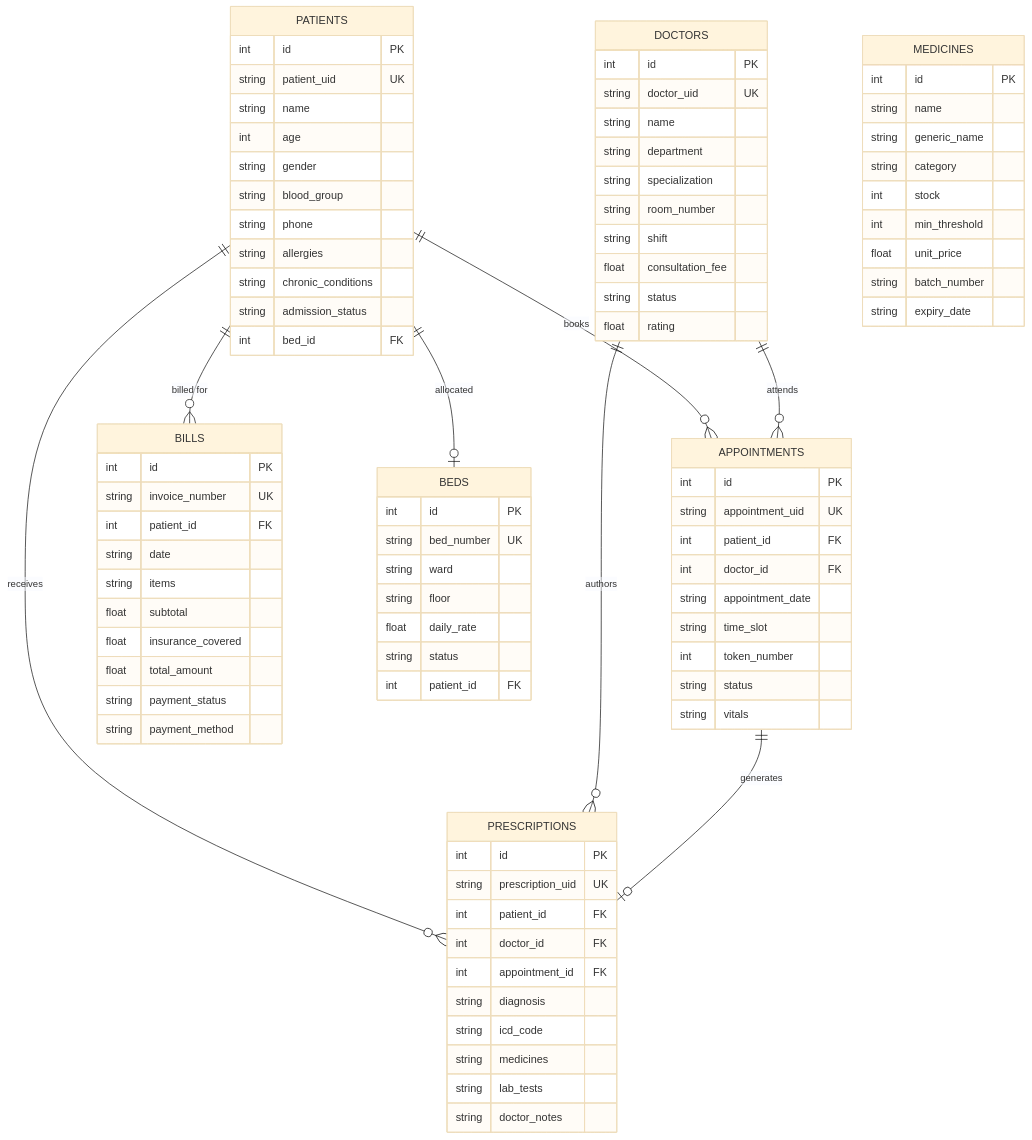
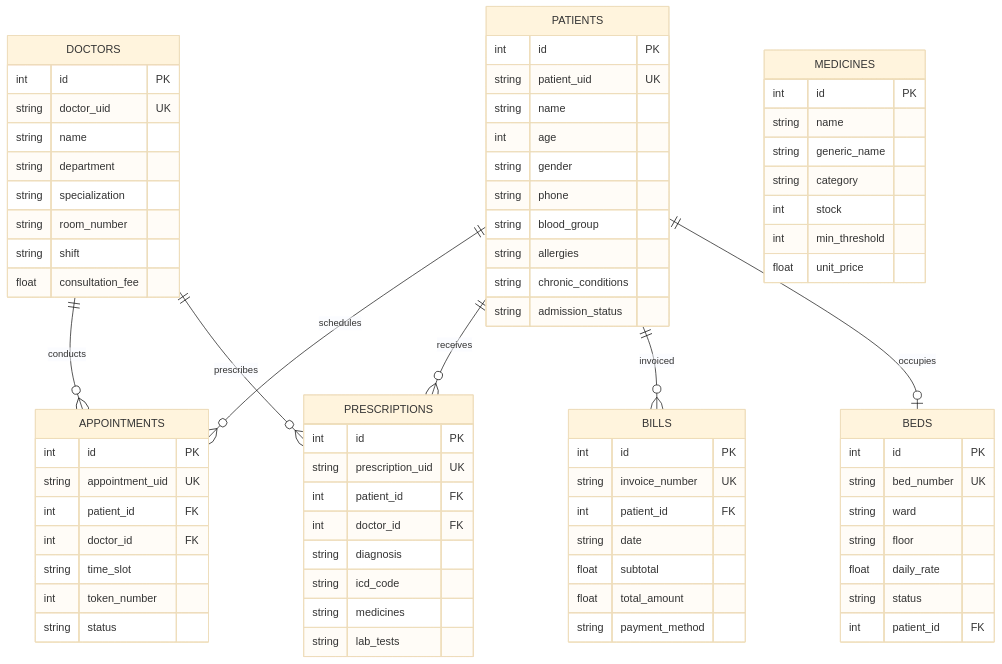
One commit to debugging277/Smart-hospital-managment-system changed the third of 3 diagrams in PROJECT_REPORT.md. Above: the diagram before and after it, drawn with Mermaid (base theme). The commit also changed other lines of this file and 1 other file, not shown here.

````diff
--- a/PROJECT_REPORT.md
+++ b/PROJECT_REPORT.md
@@ -461,12 +627,11 @@
 ```mermaid
 erDiagram
-    PATIENTS ||--o{ APPOINTMENTS : "books"
+    PATIENTS ||--o{ APPOINTMENTS : "schedules"
     PATIENTS ||--o{ PRESCRIPTIONS : "receives"
-    PATIENTS ||--o{ BILLS : "billed for"
-    PATIENTS ||--o| BEDS : "allocated"
-    DOCTORS ||--o{ APPOINTMENTS : "attends"
-    DOCTORS ||--o{ PRESCRIPTIONS : "authors"
-    APPOINTMENTS ||--o| PRESCRIPTIONS : "generates"
+    PATIENTS ||--o{ BILLS : "invoiced"
+    PATIENTS ||--o| BEDS : "occupies"
+    DOCTORS ||--o{ APPOINTMENTS : "conducts"
+    DOCTORS ||--o{ PRESCRIPTIONS : "prescribes"
     
     PATIENTS {
         int id PK
@@ -474,14 +639,13 @@
         string name
         int age
         string gender
+        string phone
         string blood_group
-        string phone
         string allergies
         string chronic_conditions
         string admission_status
-        int bed_id FK
     }
-    
+
     DOCTORS {
         int id PK
         string doctor_uid UK
@@ -491,10 +655,8 @@
         string room_number
         string shift
         float consultation_fee
-        string status
-        float rating
     }
-    
+
     BEDS {
         int id PK
         string bed_number UK
@@ -504,32 +666,28 @@
         string status
         int patient_id FK
     }
-    
+
     APPOINTMENTS {
         int id PK
         string appointment_uid UK
         int patient_id FK
         int doctor_id FK
-        string appointment_date
         string time_slot
         int token_number
         string status
-        string vitals
     }
-    
+
     PRESCRIPTIONS {
         int id PK
         string prescription_uid UK
         int patient_id FK
         int doctor_id FK
-        int appointment_id FK
         string diagnosis
         string icd_code
         string medicines
         string lab_tests
-        string doctor_notes
     }
-    
+
     MEDICINES {
         int id PK
         string name
@@ -538,20 +696,15 @@
         int stock
         int min_threshold
         float unit_price
-        string batch_number
-        string expiry_date
     }
-    
+
     BILLS {
         int id PK
         string invoice_number UK
         int patient_id FK
         string date
-        string items
         float subtotal
-        float insurance_covered
         float total_amount
-        string payment_status
         string payment_method
     }
 ```
````
